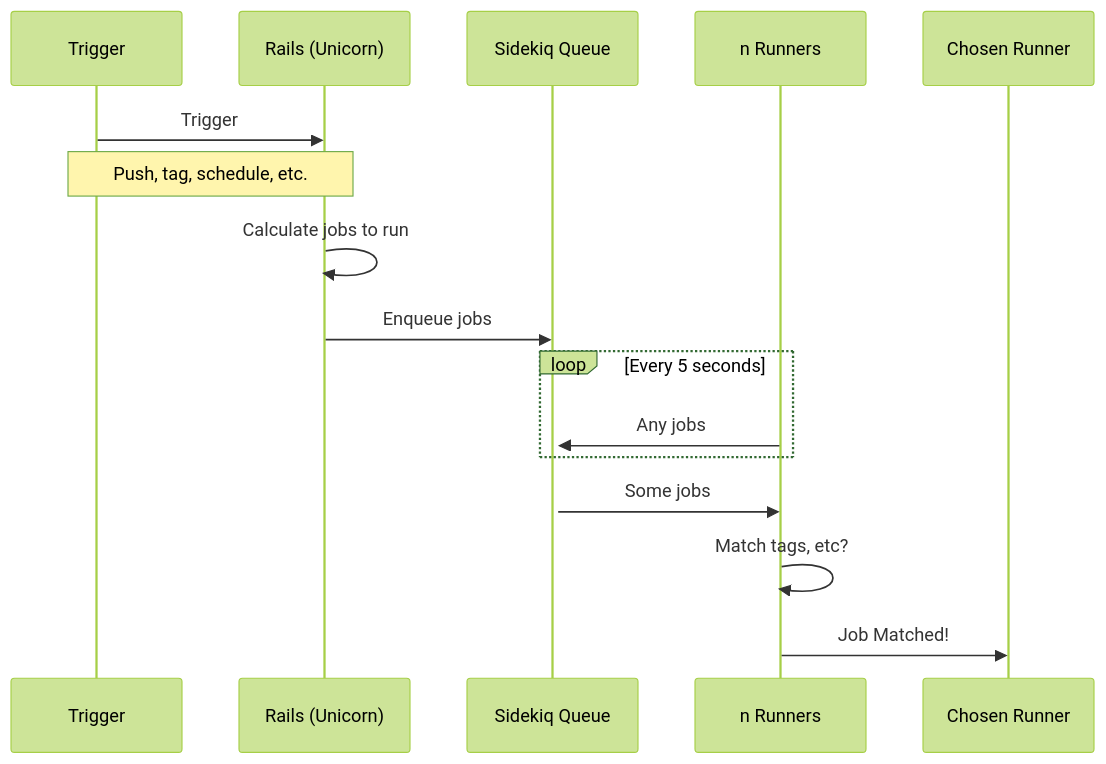
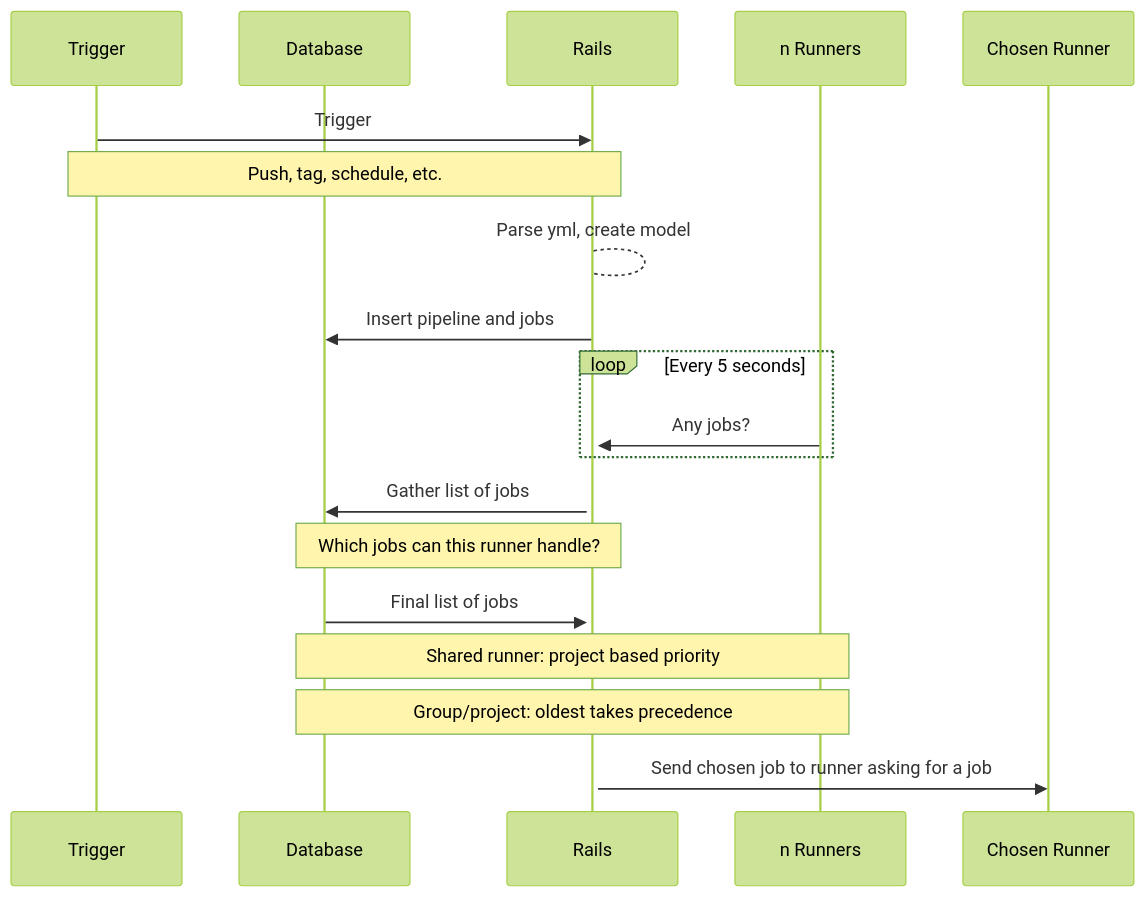
One commit to qsliu2017/gitlab-runner changed the second of 3 diagrams in docs/life_of_a_job/index.md. Above: the diagram before and after it, drawn with Mermaid (forest theme).

Commit message:
Update based on call today.

````diff
--- a/docs/life_of_a_job/index.md
+++ b/docs/life_of_a_job/index.md
@@ -21,18 +21,21 @@
 ```mermaid
 sequenceDiagram
     participant T as Trigger
-    participant R as Rails (Unicorn)
-    participant Q as Sidekiq Queue
+    participant D as Database
+    participant R as Rails
     participant N as n Runners
     participant U as Chosen Runner
-    T->>R:  Trigger 
+    T->>R: Trigger 
     Note over T,R: Push, tag, schedule, etc.
-    R->>R: Calculate jobs to run
-    R->>Q: Enqueue jobs
-    loop Every 5 seconds
-        N->>+Q: Any jobs
+    R-->R: Parse yml, create model
+    R->>D: Insert pipeline and jobs
+    loop Every 5 seconds 
+        N->>+R: Any jobs?
     end
-    Q->>N: Some jobs
-    N->>N: Match tags, etc?
-    N->>U: Job Matched!
+    R->>D: Gather list of jobs
+    Note over R,D: Which jobs can this runner handle?
+    D->>R: Final list of jobs
+    Note over D,N: Shared runner: project based priority
+    Note over D,N: Group/project: oldest takes precedence
+    R->>U: Send chosen job to runner asking for a job
 ```
````
